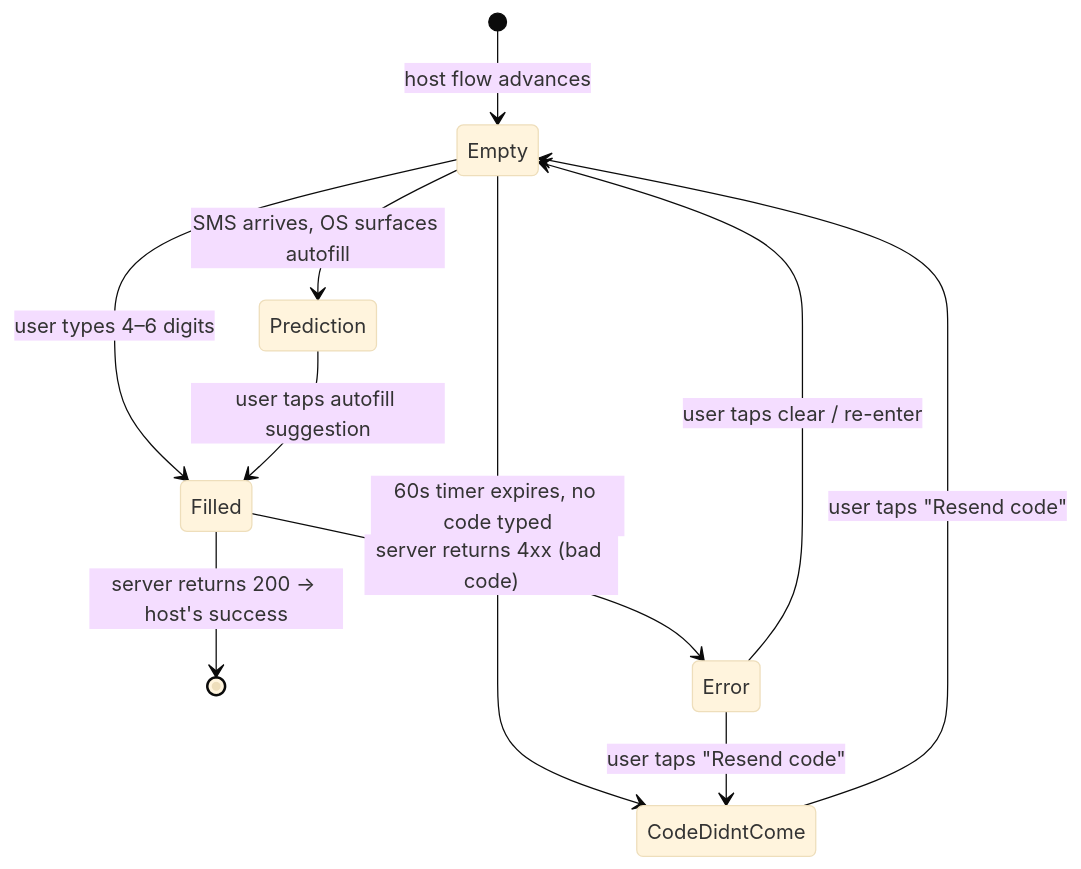
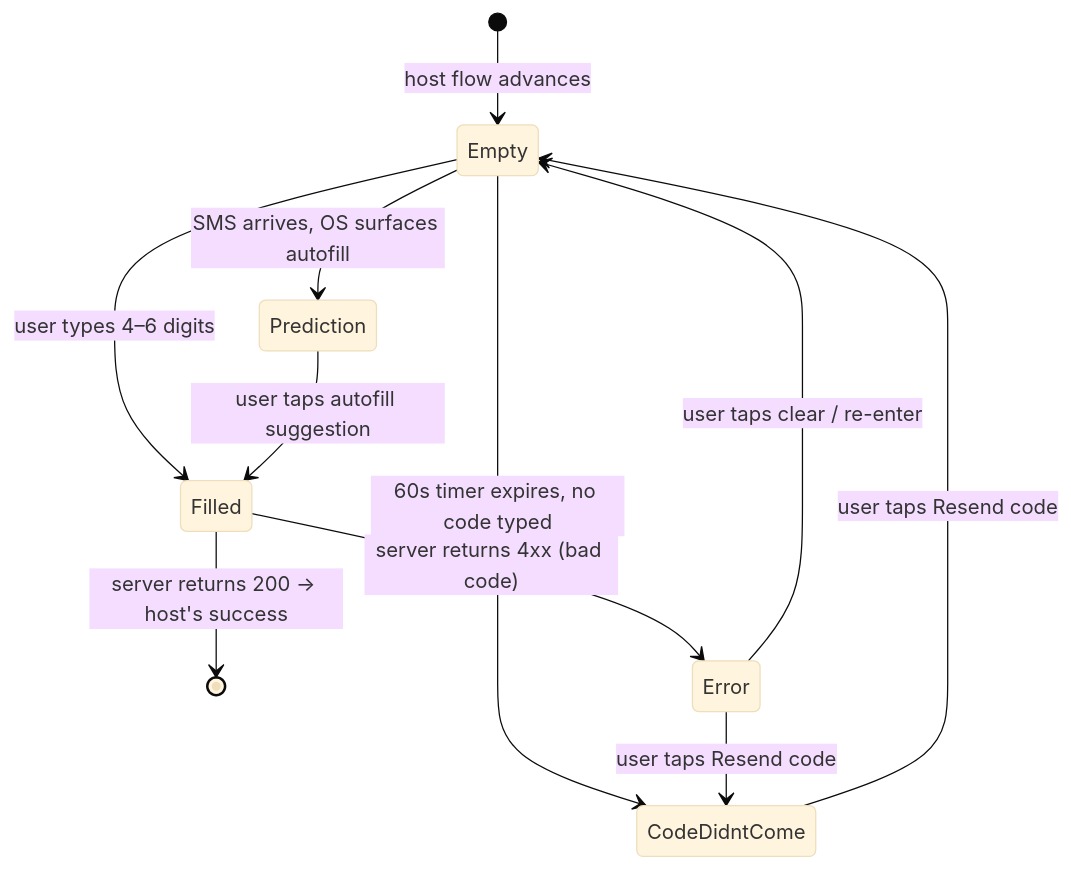
The first of 4 diagrams in Unired/User_flows/00_Shared_flows.md (SardorAllaberganov/UI-Projects), drawn with Mermaid (base theme) before and after one commit. The commit also changed other lines of this file and 9 other files, not shown here.

First line of the commit message:
Fix Mermaid parse errors in user-flow diagrams

````diff
--- a/Unired/User_flows/00_Shared_flows.md
+++ b/Unired/User_flows/00_Shared_flows.md
@@ -56,13 +56,13 @@
 ```mermaid
 stateDiagram-v2
     [*] --> Empty: host flow advances
     Empty --> Prediction: SMS arrives, OS surfaces autofill
     Empty --> Filled: user types 4–6 digits
     Prediction --> Filled: user taps autofill suggestion
     Filled --> [*]: server returns 200 → host's success
     Filled --> Error: server returns 4xx (bad code)
     Empty --> CodeDidntCome: 60s timer expires, no code typed
-    CodeDidntCome --> Empty: user taps "Resend code"
+    CodeDidntCome --> Empty: user taps Resend code
     Error --> Empty: user taps clear / re-enter
-    Error --> CodeDidntCome: user taps "Resend code"
+    Error --> CodeDidntCome: user taps Resend code
 ```
````
